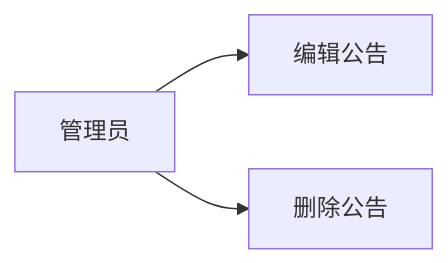
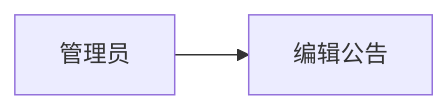
The sixth of 6 diagrams in docs/Requirements/Requirements.md (SnapdragonLee/Newbee-English), drawn with Mermaid before and after one commit. The commit also changed other lines of this file and 3 other files, not shown here.

````diff
--- a/docs/Requirements/Requirements.md
+++ b/docs/Requirements/Requirements.md
@@ -512,5 +512,4 @@
 ```mermaid
 graph LR
 A[管理员]-->C1[编辑公告]
-A-->C2[删除公告]
 ```
````
